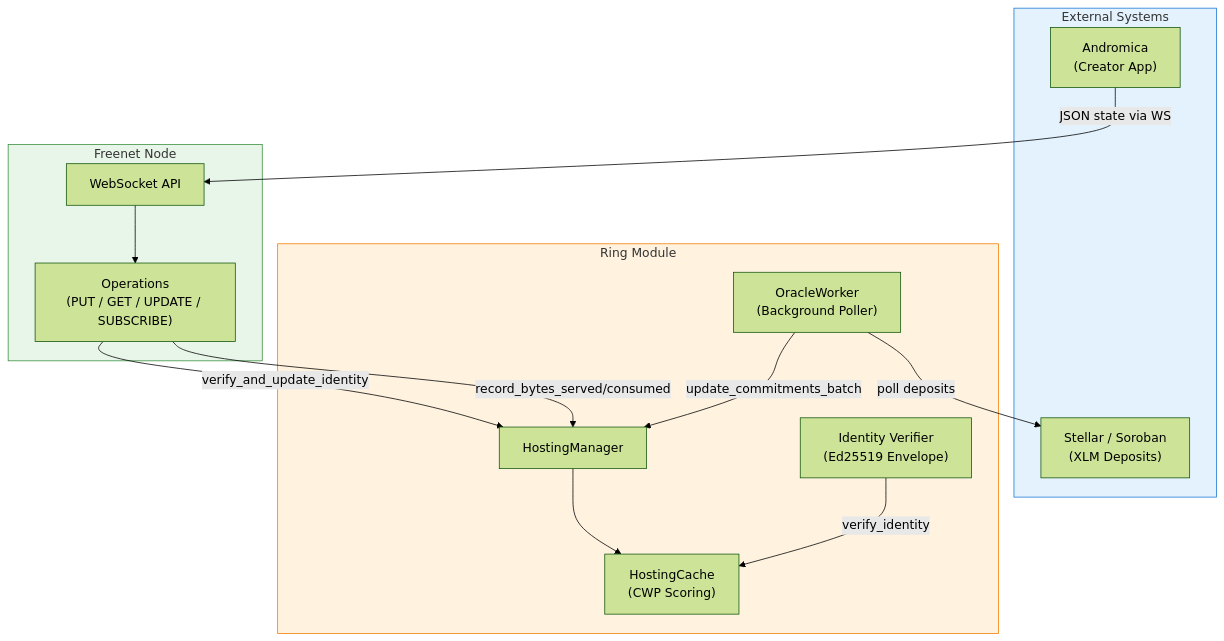
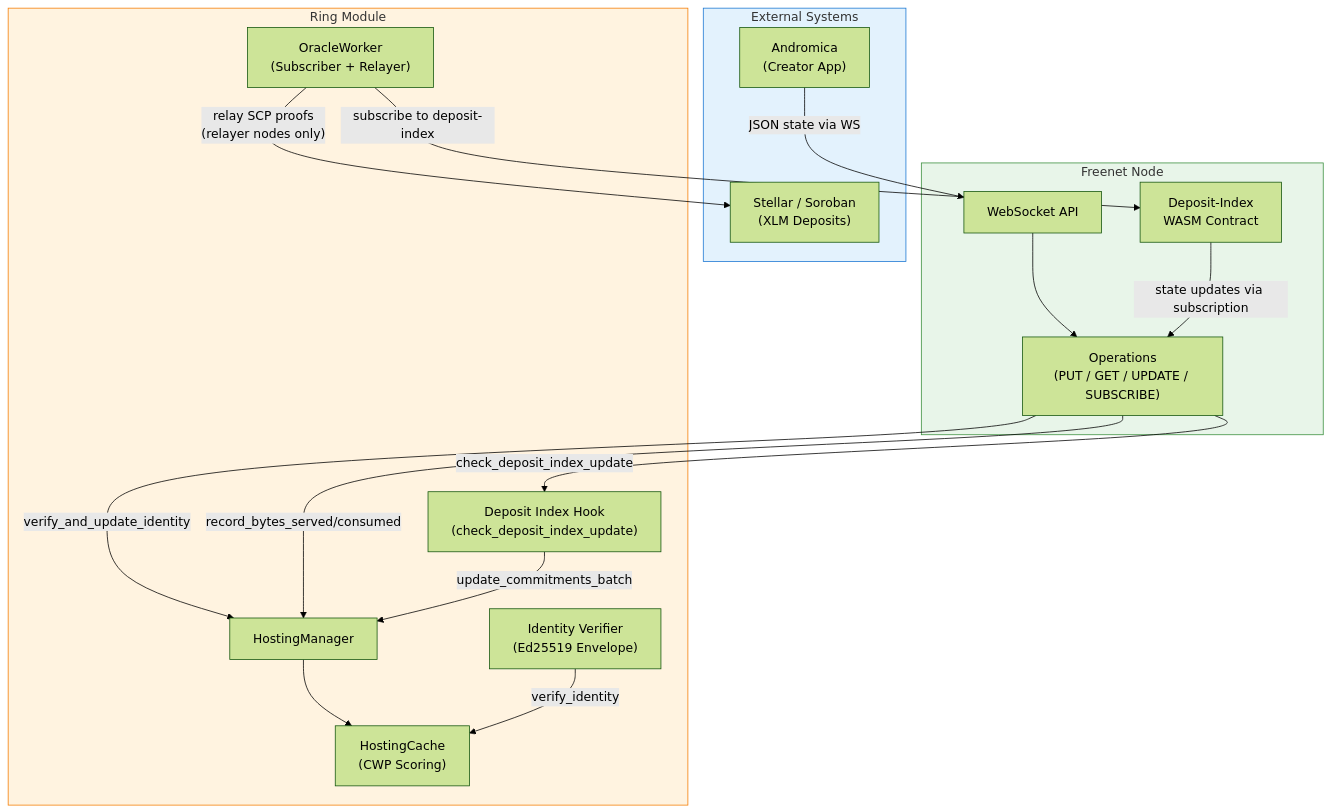
One commit to inviti8/freenet-lepus changed the first of 2 diagrams in docs/architecture/lepus/README.md. Above: the diagram before and after it, drawn with Mermaid (forest theme). The commit also changed other lines of this file and 3 other files, not shown here.

First line of the commit message:
docs(lepus): update architecture docs for Phase C dual-mode oracle

````diff
--- a/docs/architecture/lepus/README.md
+++ b/docs/architecture/lepus/README.md
@@ -17,32 +17,37 @@
 ```mermaid
 flowchart TB
     subgraph External["External Systems"]
         Andromica["Andromica<br/>(Creator App)"]
         Soroban["Stellar / Soroban<br/>(XLM Deposits)"]
     end
 
     subgraph Node["Freenet Node"]
         WS["WebSocket API"]
         Ops["Operations<br/>(PUT / GET / UPDATE / SUBSCRIBE)"]
+        DepIdx["Deposit-Index<br/>WASM Contract"]
     end
 
     subgraph Ring["Ring Module"]
         HM["HostingManager"]
         HC["HostingCache<br/>(CWP Scoring)"]
-        Oracle["OracleWorker<br/>(Background Poller)"]
+        Oracle["OracleWorker<br/>(Subscriber + Relayer)"]
         Identity["Identity Verifier<br/>(Ed25519 Envelope)"]
+        DepHook["Deposit Index Hook<br/>(check_deposit_index_update)"]
     end
 
     Andromica -->|"JSON state via WS"| WS
     WS --> Ops
     Ops -->|"verify_and_update_identity"| HM
     Ops -->|"record_bytes_served/consumed"| HM
+    Ops -->|"check_deposit_index_update"| DepHook
     HM --> HC
-    Oracle -->|"poll deposits"| Soroban
-    Oracle -->|"update_commitments_batch"| HM
+    Oracle -->|"subscribe to deposit-index"| DepIdx
+    Oracle -->|"relay SCP proofs<br/>(relayer nodes only)"| Soroban
+    DepHook -->|"update_commitments_batch"| HM
     Identity -->|"verify_identity"| HC
+    DepIdx -->|"state updates via subscription"| Ops
 
     style External fill:#e3f2fd,stroke:#1976d2
     style Node fill:#e8f5e9,stroke:#388e3c
     style Ring fill:#fff3e0,stroke:#f57c00
 ```
````
